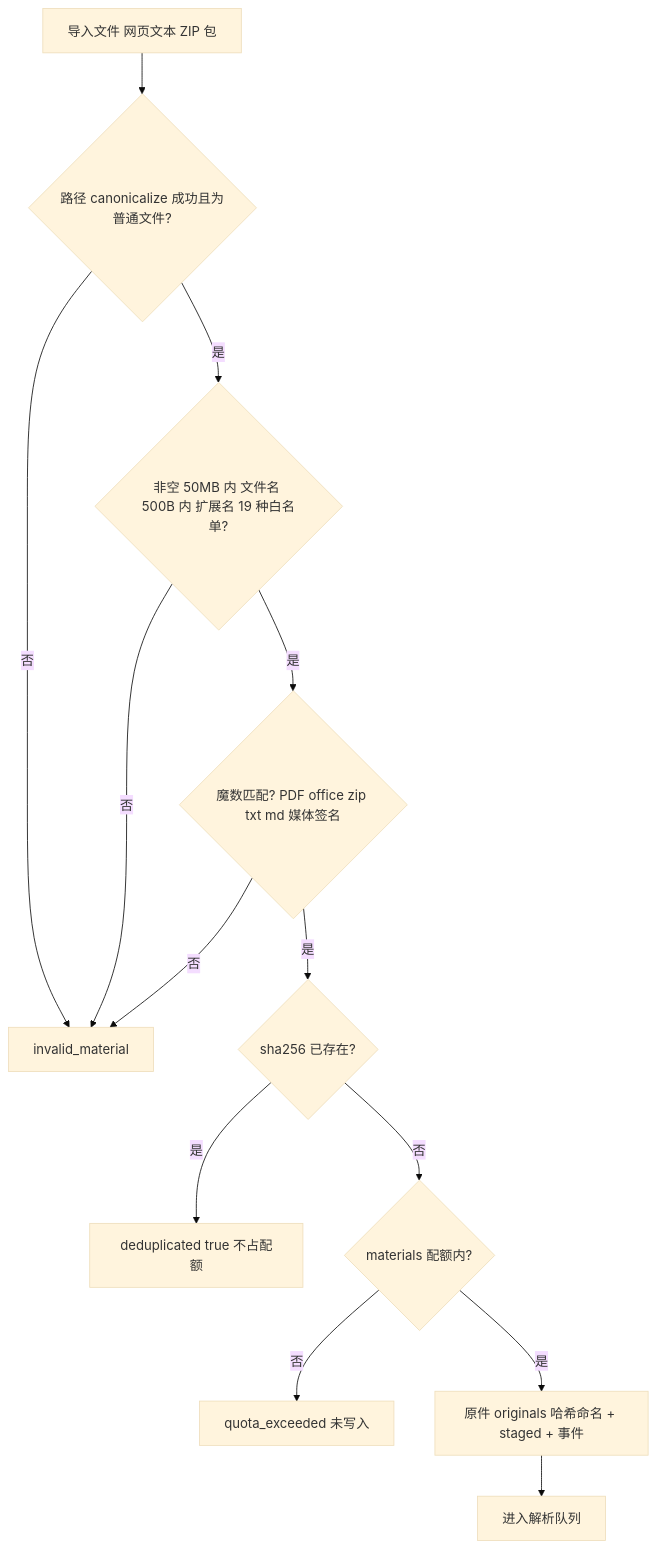
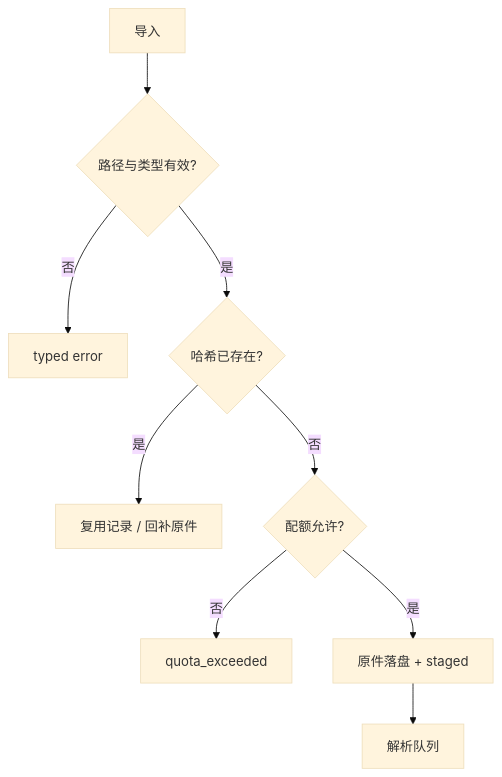
Before and after one commit to hershate/Deep-tutor: the third of 5 diagrams in docs/architecture/03-workflow.md, drawn with Mermaid (base theme). The commit also changed other lines of this file and 1 other file, not shown here.

````diff
--- a/docs/architecture/03-workflow.md
+++ b/docs/architecture/03-workflow.md
@@ -72,15 +88,11 @@
 ```mermaid
 flowchart TD
-    A[导入文件 网页文本 ZIP 包] --> B{路径 canonicalize 成功且为普通文件?}
-    B -->|否| C[invalid_material]
-    B -->|是| D{非空 50MB 内 文件名 500B 内 扩展名 19 种白名单?}
-    D -->|否| C
-    D -->|是| E{魔数匹配? PDF office zip txt md 媒体签名}
-    E -->|否| C
-    E -->|是| F{sha256 已存在?}
-    F -->|是| G[deduplicated true 不占配额]
-    F -->|否| H{materials 配额内?}
-    H -->|否| I[quota_exceeded 未写入]
-    H -->|是| J[原件 originals 哈希命名 + staged + 事件]
-    J --> K[进入解析队列]
+    A[导入] --> B{路径与类型有效?}
+    B -->|否| C[typed error]
+    B -->|是| D{哈希已存在?}
+    D -->|是| E[复用记录 / 回补原件]
+    D -->|否| F{配额允许?}
+    F -->|否| G[quota_exceeded]
+    F -->|是| H[原件落盘 + staged]
+    H --> I[解析队列]
 ```
````
